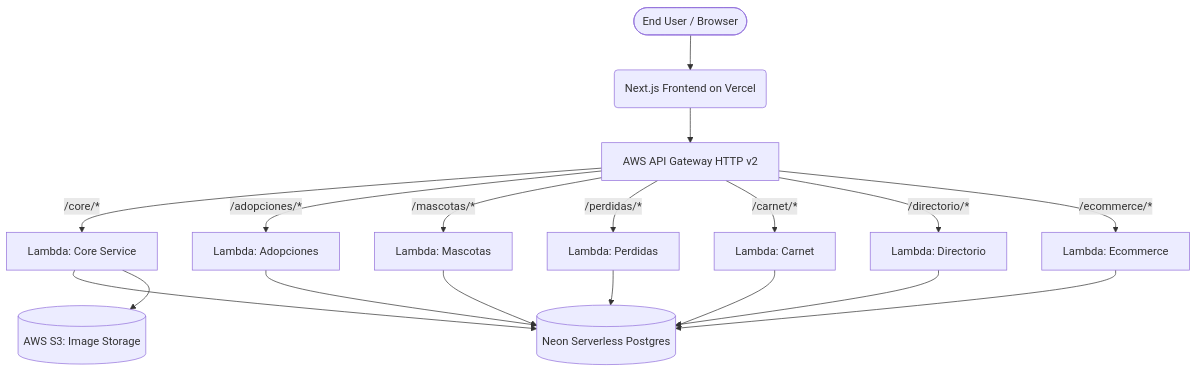
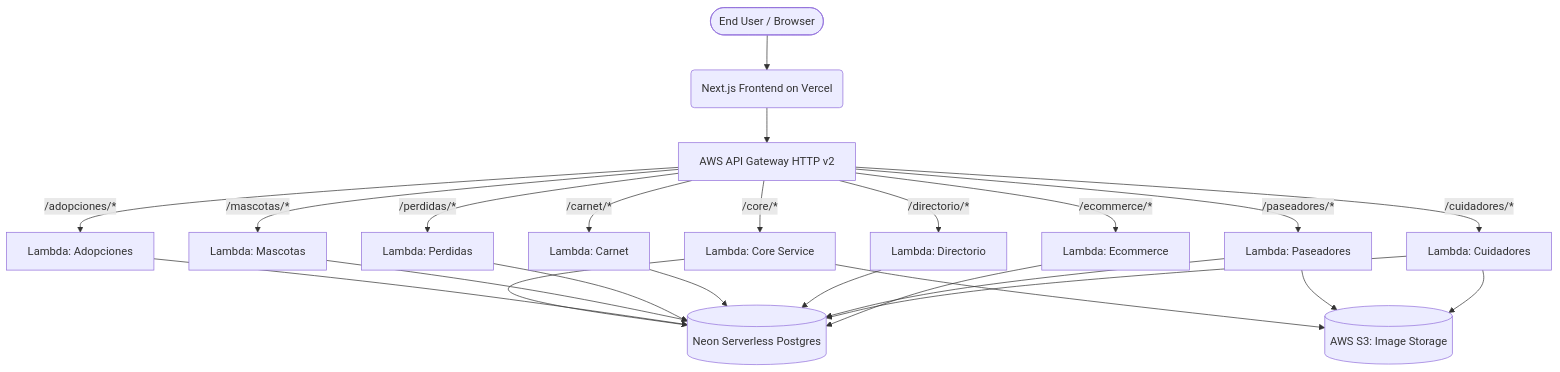
Before and after one commit to epigibson-michicondrias/michicondrias: the diagram in docs/docs/aws_architecture.md, drawn with Mermaid. The commit also changed other lines of this file and 8 other files, not shown here.

````diff
--- a/docs/docs/aws_architecture.md
+++ b/docs/docs/aws_architecture.md
@@ -13,23 +13,20 @@
 ```mermaid
 graph TD
     User([End User / Browser]) --> Vercel(Next.js Frontend on Vercel)
     Vercel --> AGW[AWS API Gateway HTTP v2]
     
     AGW -->|/core/*| L1[Lambda: Core Service]
     AGW -->|/adopciones/*| L2[Lambda: Adopciones]
     AGW -->|/mascotas/*| L3[Lambda: Mascotas]
     AGW -->|/perdidas/*| L4[Lambda: Perdidas]
     AGW -->|/carnet/*| L5[Lambda: Carnet]
     AGW -->|/directorio/*| L6[Lambda: Directorio]
     AGW -->|/ecommerce/*| L7[Lambda: Ecommerce]
+    AGW -->|/paseadores/*| L8[Lambda: Paseadores]
+    AGW -->|/cuidadores/*| L9[Lambda: Cuidadores]
 
-    L1 --> DB[(Neon Serverless Postgres)]
-    L2 --> DB
-    L3 --> DB
-    L4 --> DB
-    L5 --> DB
-    L6 --> DB
-    L7 --> DB
+    L1 & L2 & L3 & L4 & L5 & L6 & L7 & L8 & L9 --> DB[(Neon Serverless Postgres)]
 
     L1 --> S3[(AWS S3: Image Storage)]
+    L8 & L9 --> S3
 ```
````
